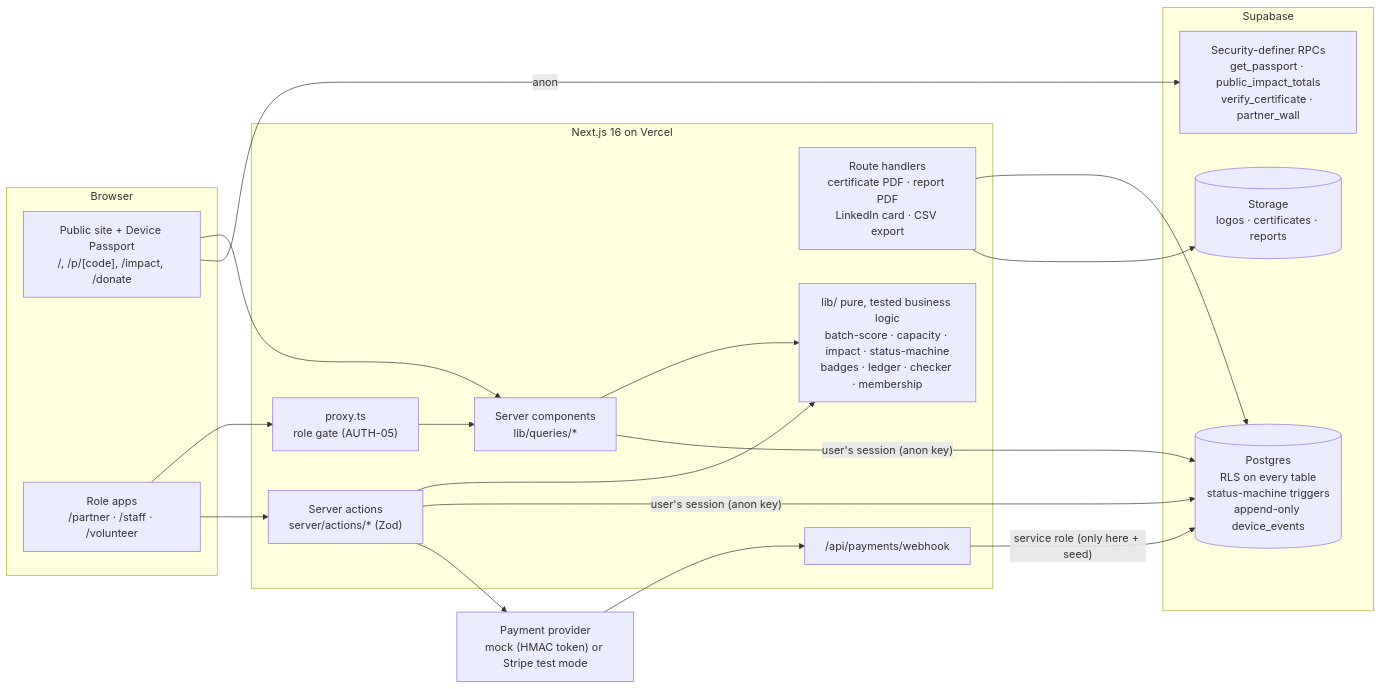
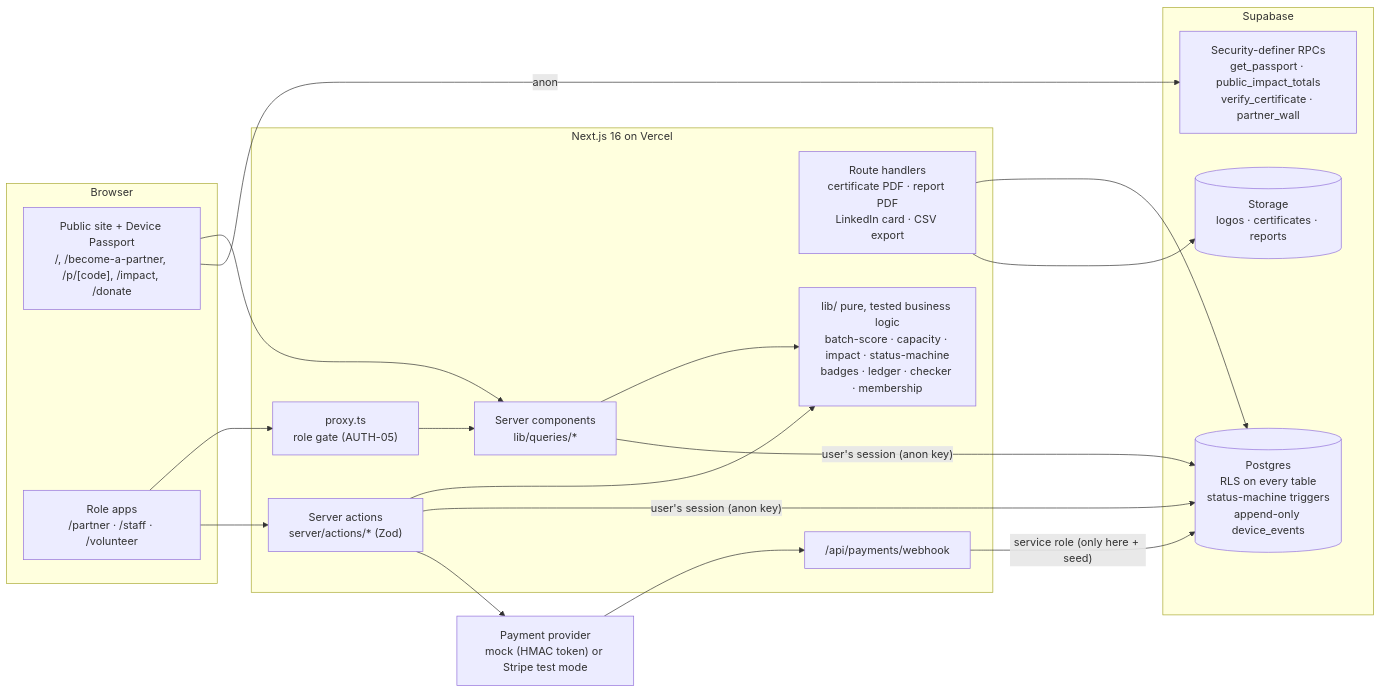
One commit to K4RM-P/Blueprint-Submission changed the diagram in README.md. Above: the diagram before and after it, drawn with Mermaid. The commit also changed other lines of this file and 68 other files, not shown here.

First line of the commit message:
positioning: core hierarchy — partner pipeline + device passport

````diff
--- a/README.md
+++ b/README.md
@@ -32,35 +54,35 @@
 ```mermaid
 flowchart LR
   subgraph Browser
-    Public["Public site + Device Passport<br/>/, /p/[code], /impact, /donate"]
+    Public["Public site + Device Passport<br/>/, /become-a-partner, /p/[code], /impact, /donate"]
     Apps["Role apps<br/>/partner · /staff · /volunteer"]
   end
   subgraph Next["Next.js 16 on Vercel"]
     Proxy["proxy.ts<br/>role gate (AUTH-05)"]
     RSC["Server components<br/>lib/queries/*"]
     Actions["Server actions<br/>server/actions/* (Zod)"]
     Routes["Route handlers<br/>certificate PDF · report PDF<br/>LinkedIn card · CSV export"]
     Webhook["/api/payments/webhook"]
     Lib["lib/ pure, tested business logic<br/>batch-score · capacity · impact · status-machine<br/>badges · ledger · checker · membership"]
   end
   subgraph Supabase
     PG[("Postgres<br/>RLS on every table<br/>status-machine triggers<br/>append-only device_events")]
     RPC["Security-definer RPCs<br/>get_passport · public_impact_totals<br/>verify_certificate · partner_wall"]
     Storage[("Storage<br/>logos · certificates · reports")]
   end
   Pay["Payment provider<br/>mock (HMAC token) or Stripe test mode"]
 
   Public --> RSC
   Apps --> Proxy --> RSC
   Apps --> Actions
   RSC --> Lib
   Actions --> Lib
   RSC -- "user's session (anon key)" --> PG
   Actions -- "user's session (anon key)" --> PG
   Public -- anon --> RPC
   Routes --> PG
   Routes --> Storage
   Actions --> Pay
   Pay --> Webhook
   Webhook -- "service role (only here + seed)" --> PG
 ```
````
